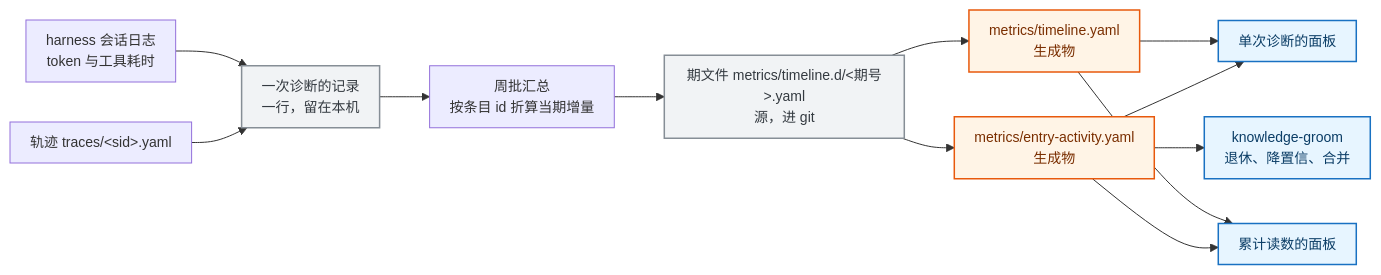
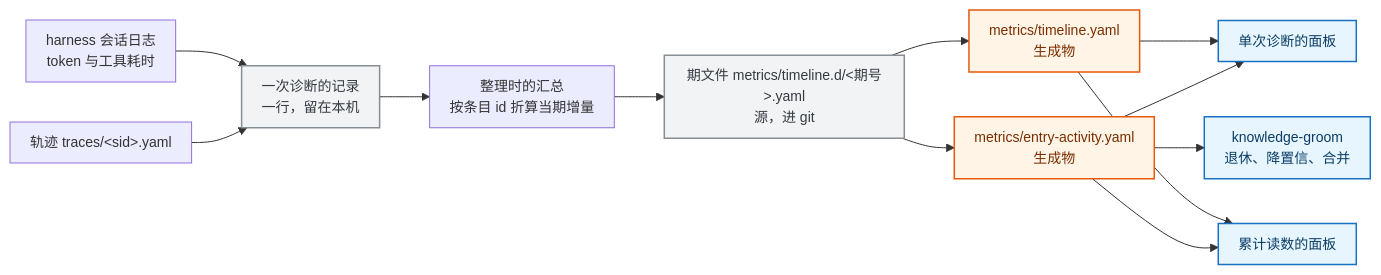
Before and after one commit to Bowen-Leee/ascend-sleuth: the first of 4 diagrams in docs/mechanism/diagnosis-observability.md, drawn with Mermaid. The commit also changed other lines of this file and 1 other file, not shown here.

````diff
--- a/docs/mechanism/diagnosis-observability.md
+++ b/docs/mechanism/diagnosis-observability.md
@@ -33,22 +33,22 @@
 ```mermaid
 %%{init: {'themeVariables':{'fontSize':'14px'},'flowchart':{'curve':'basis','nodeSpacing':40,'rankSpacing':50,'padding':10}}}%%
 flowchart LR
     TR["轨迹 traces/&lt;sid&gt;.yaml"] --> EP["一次诊断的记录<br/>一行，留在本机"]
     LG["harness 会话日志<br/>token 与工具耗时"] --> EP
-    EP --> AG["周批汇总<br/>按条目 id 折算当期增量"]
+    EP --> AG["整理时的汇总<br/>按条目 id 折算当期增量"]
     AG --> PF["期文件 metrics/timeline.d/&lt;期号&gt;.yaml<br/>源，进 git"]
     PF --> EA["metrics/entry-activity.yaml<br/>生成物"]
     PF --> TI["metrics/timeline.yaml<br/>生成物"]
     EA --> V1["单次诊断的面板"]
     TI --> V1
     EA --> V2["累计读数的面板"]
     TI --> V2
     EA --> GR["knowledge-groom<br/>退休、降置信、合并"]
 
     classDef store fill:#f1f3f5,stroke:#868e96,stroke-width:1.5px,color:#343a40
     classDef gen fill:#fff4e6,stroke:#e8590c,stroke-width:1.5px,color:#7a2e00
     classDef view fill:#e7f5ff,stroke:#1971c2,stroke-width:1.5px,color:#0b3d66
     class EP,PF store
     class EA,TI gen
     class V1,V2,GR view
 ```
````
